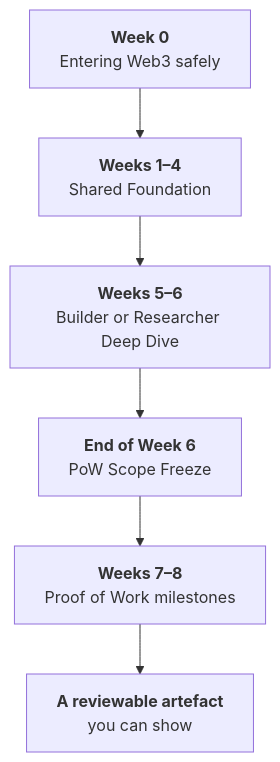
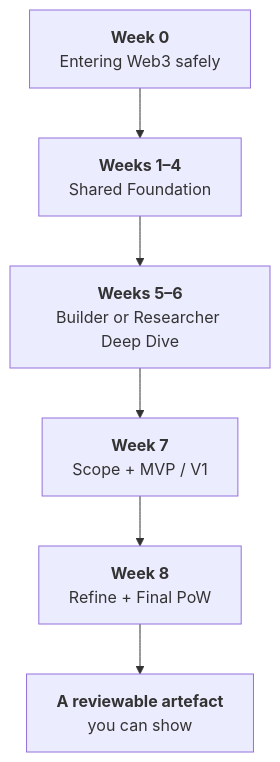
One commit to Blockchain-NTU-SG/academy-handbook changed the diagram in docs/getting-started/welcome-and-setup.md. Above: the diagram before and after it, drawn with Mermaid. The commit also changed other lines of this file and 21 other files, not shown here.

````diff
--- a/docs/getting-started/welcome-and-setup.md
+++ b/docs/getting-started/welcome-and-setup.md
@@ -50,8 +50,8 @@
 ```mermaid
 flowchart TD
   W0["<b>Week 0</b><br/>Entering Web3 safely"] --> F["<b>Weeks 1–4</b><br/>Shared Foundation"]
   F --> D["<b>Weeks 5–6</b><br/>Builder or Researcher Deep Dive"]
-  D --> S["<b>End of Week 6</b><br/>PoW Scope Freeze"]
-  S --> P["<b>Weeks 7–8</b><br/>Proof of Work milestones"]
-  P --> O["<b>A reviewable artefact</b><br/>you can show"]
+  D --> P["<b>Week 7</b><br/>Scope + MVP / V1"]
+  P --> Q["<b>Week 8</b><br/>Refine + Final PoW"]
+  Q --> O["<b>A reviewable artefact</b><br/>you can show"]
 ```
````
